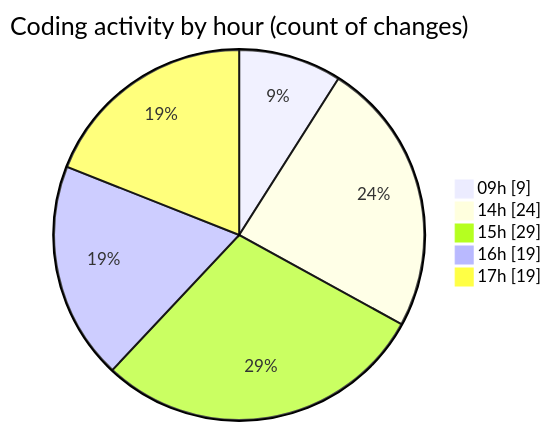
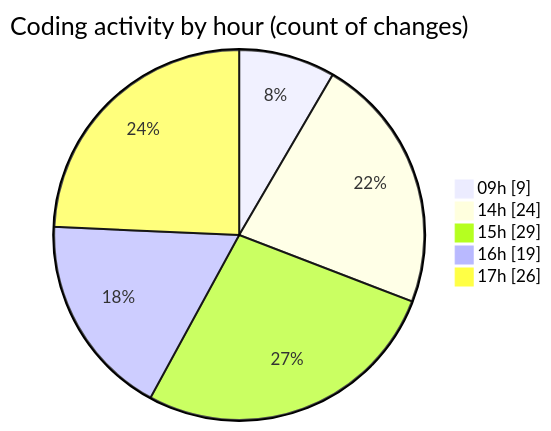
The second of 2 diagrams in 2025-11-25/eventscop-frontend-guide__workspace_/README.md (julien-gomy/code-tracking), drawn with Mermaid before and after one commit. The commit also changed other lines of this file and 1 other file, not shown here.

````diff
--- a/2025-11-25/eventscop-frontend-guide__workspace_/README.md
+++ b/2025-11-25/eventscop-frontend-guide__workspace_/README.md
@@ -47,9 +47,9 @@
 ```mermaid
 pie showData
 title Coding activity by hour (count of changes)
 "09h" : 9
 "14h" : 24
 "15h" : 29
 "16h" : 19
-"17h" : 19
+"17h" : 26
 ```
````
